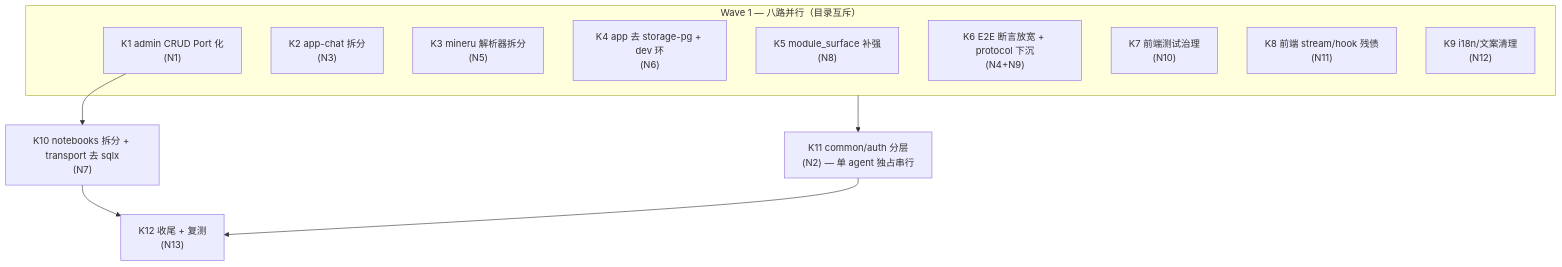
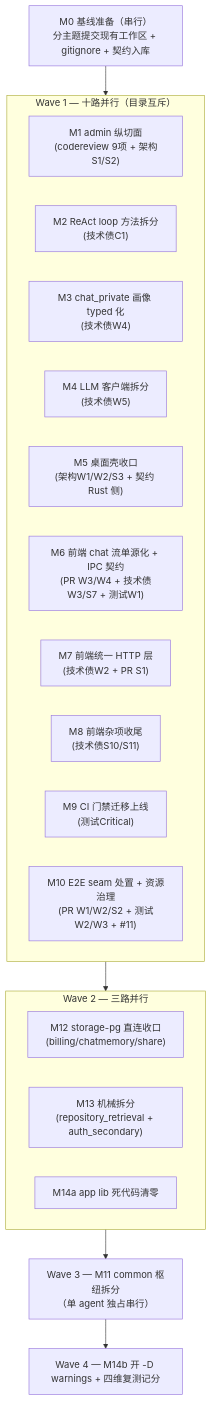
Before and after one commit to xingchuan0105/context-osv6: the diagram in avrag-rs/docs/brooks-merged-fix-plan-2026-06-12.md, drawn with Mermaid. The commit also changed other lines of this file and 398 other files, not shown here.

````diff
--- a/avrag-rs/docs/brooks-merged-fix-plan-2026-06-12.md
+++ b/avrag-rs/docs/brooks-merged-fix-plan-2026-06-12.md
@@ -67,19 +118,24 @@
 ```mermaid
 flowchart TD
-  subgraph W1["Wave 1 — 八路并行（目录互斥）"]
-    K1["K1 admin CRUD Port 化<br/>(N1)"]
-    K2["K2 app-chat 拆分<br/>(N3)"]
-    K3["K3 mineru 解析器拆分<br/>(N5)"]
-    K4["K4 app 去 storage-pg + dev 环<br/>(N6)"]
-    K5["K5 module_surface 补强<br/>(N8)"]
-    K6["K6 E2E 断言放宽 + protocol 下沉<br/>(N4+N9)"]
-    K7["K7 前端测试治理<br/>(N10)"]
-    K8["K8 前端 stream/hook 残债<br/>(N11)"]
-    K9["K9 i18n/文案清理<br/>(N12)"]
+  M0["M0 基线准备（串行）<br/>分主题提交现有工作区 + gitignore + 契约入库"]
+  subgraph W1["Wave 1 — 十路并行（目录互斥）"]
+    M1["M1 admin 纵切面<br/>(codereview 9项 + 架构S1/S2)"]
+    M2["M2 ReAct loop 方法拆分<br/>(技术债C1)"]
+    M3["M3 chat_private 画像 typed 化<br/>(技术债W4)"]
+    M4["M4 LLM 客户端拆分<br/>(技术债W5)"]
+    M5["M5 桌面壳收口<br/>(架构W1/W2/S3 + 契约 Rust 侧)"]
+    M6["M6 前端 chat 流单源化 + IPC 契约<br/>(PR W3/W4 + 技术债W3/S7 + 测试W1)"]
+    M7["M7 前端统一 HTTP 层<br/>(技术债W2 + PR S1)"]
+    M8["M8 前端杂项收尾<br/>(技术债S10/S11)"]
+    M9["M9 CI 门禁迁移上线<br/>(测试Critical)"]
+    M10["M10 E2E seam 处置 + 资源治理<br/>(PR W1/W2/S2 + 测试W2/W3 + #11)"]
   end
-
-  K1 --> K10["K10 notebooks 拆分 + transport 去 sqlx<br/>(N7)"]
-  W1 --> K11["K11 common/auth 分层<br/>(N2) — 单 agent 独占串行"]
-  K10 --> K12["K12 收尾 + 复测<br/>(N13)"]
-  K11 --> K12
+  subgraph W2["Wave 2 — 三路并行"]
+    M12["M12 storage-pg 直连收口<br/>(billing/chatmemory/share)"]
+    M13["M13 机械拆分<br/>(repository_retrieval + auth_secondary)"]
+    M14a["M14a app lib 死代码清零"]
+  end
+  M11["Wave 3 — M11 common 枢纽拆分<br/>（单 agent 独占串行）"]
+  M14b["Wave 4 — M14b 开 -D warnings + 四维复测记分"]
+  M0 --> W1 --> W2 --> M11 --> M14b
 ```
````
